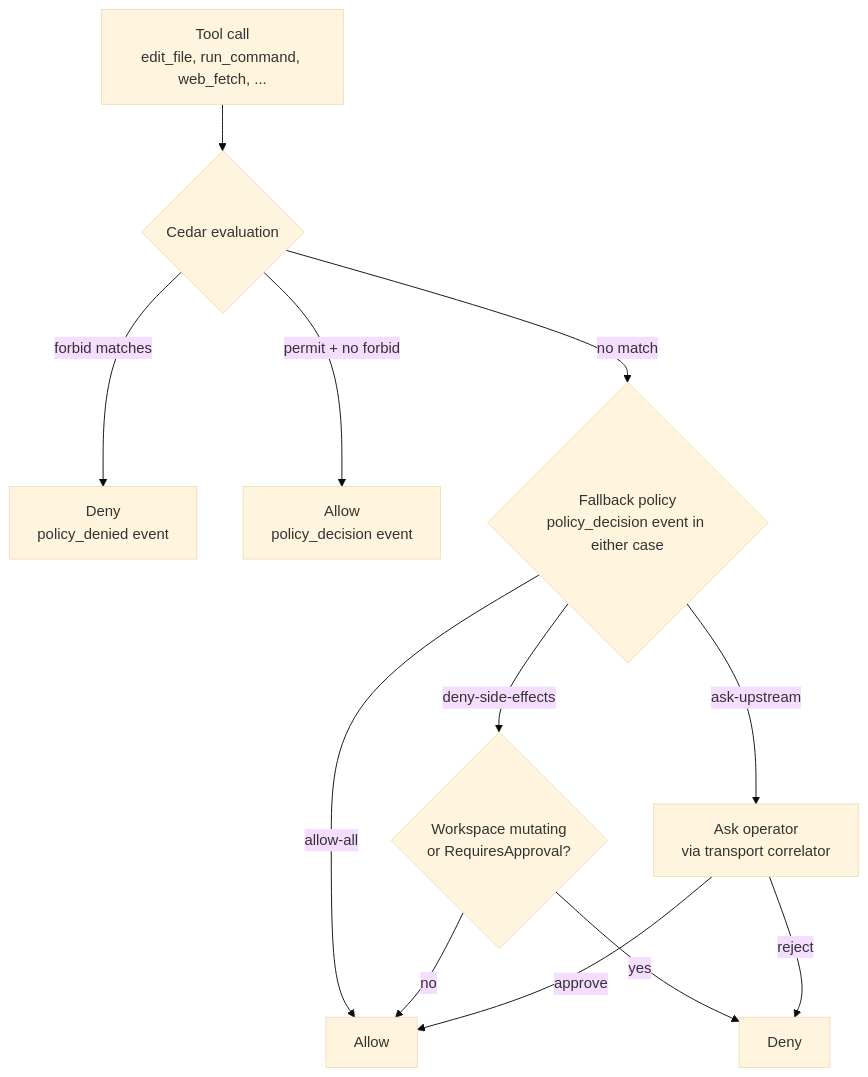
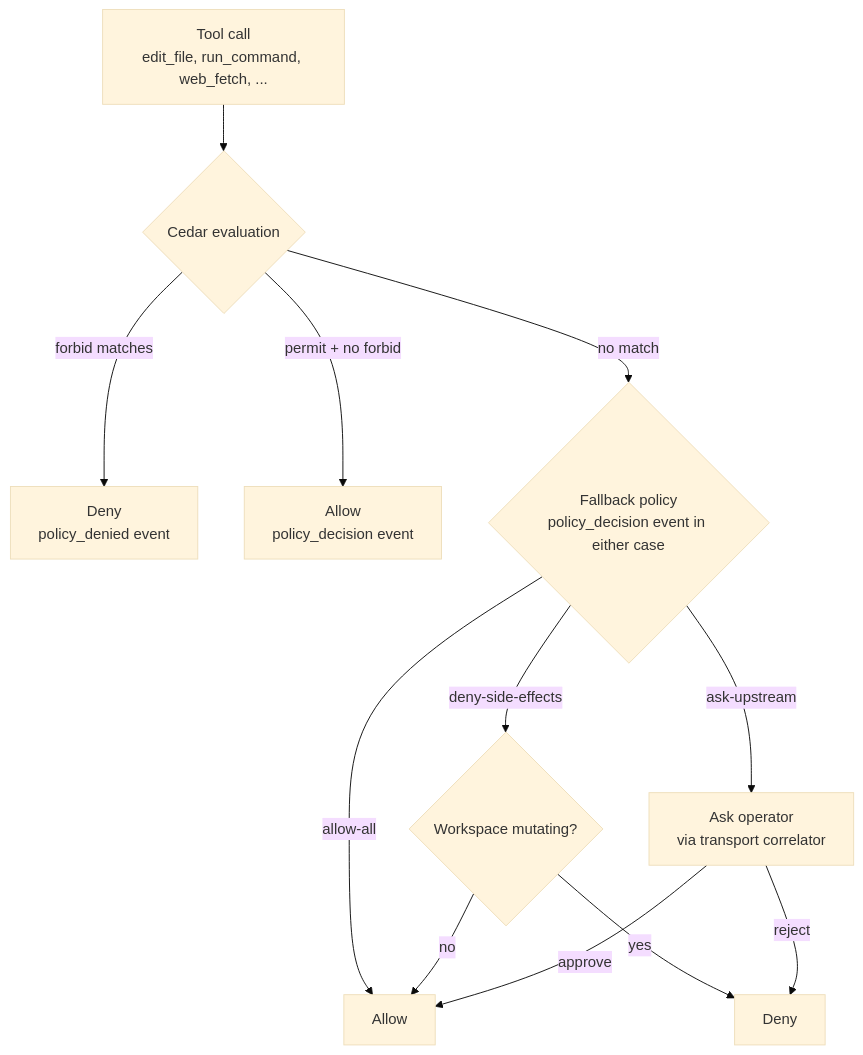
The third of 5 diagrams in docs/safety-rings.md (rxbynerd/stirrup), drawn with Mermaid (base theme) before and after one commit. The commit also changed other lines of this file and 2 other files, not shown here.

````diff
--- a/docs/safety-rings.md
+++ b/docs/safety-rings.md
@@ -289,15 +289,15 @@
 ```mermaid
 flowchart TB
   Call[Tool call<br/>edit_file, run_command, web_fetch, ...]
   Call --> Eval{Cedar evaluation}
   Eval -->|forbid matches| Denied[Deny<br/>policy_denied event]
   Eval -->|permit + no forbid| Allowed[Allow<br/>policy_decision event]
   Eval -->|no match| Fallback{Fallback policy<br/>policy_decision event in either case}
   Fallback -->|allow-all| AllowedFallback[Allow]
-  Fallback -->|deny-side-effects| MaybeDeny{Workspace mutating<br/>or RequiresApproval?}
+  Fallback -->|deny-side-effects| MaybeDeny{Workspace mutating?}
   MaybeDeny -->|yes| DenyFallback[Deny]
   MaybeDeny -->|no| AllowedFallback
   Fallback -->|ask-upstream| AskOp[Ask operator<br/>via transport correlator]
   AskOp -->|approve| AllowedFallback
   AskOp -->|reject| DenyFallback
 ```
````
